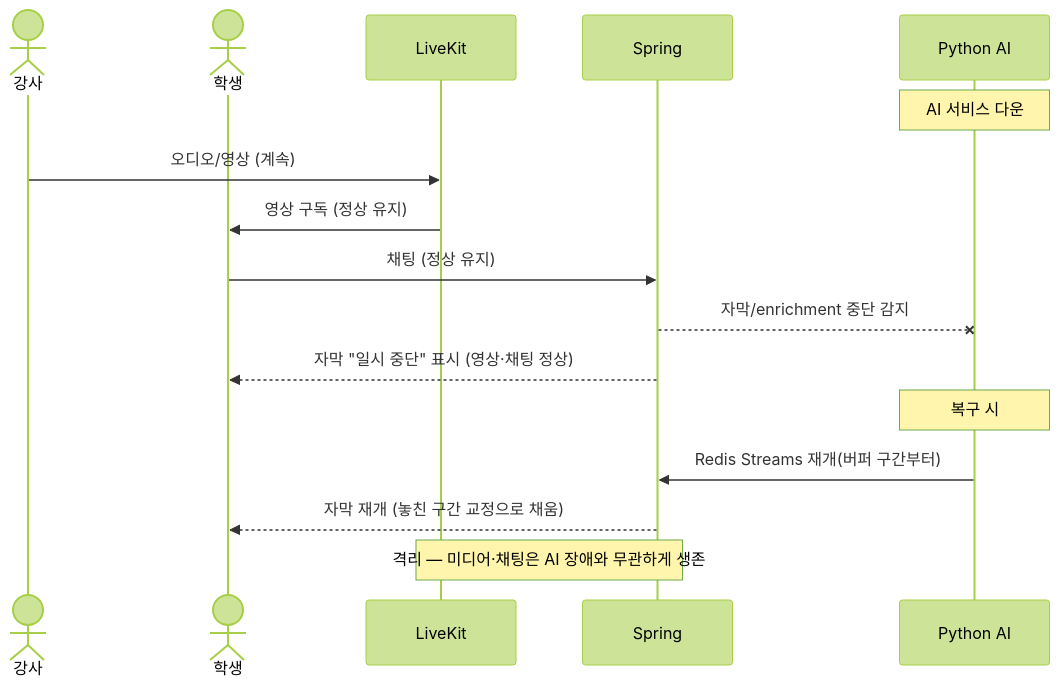
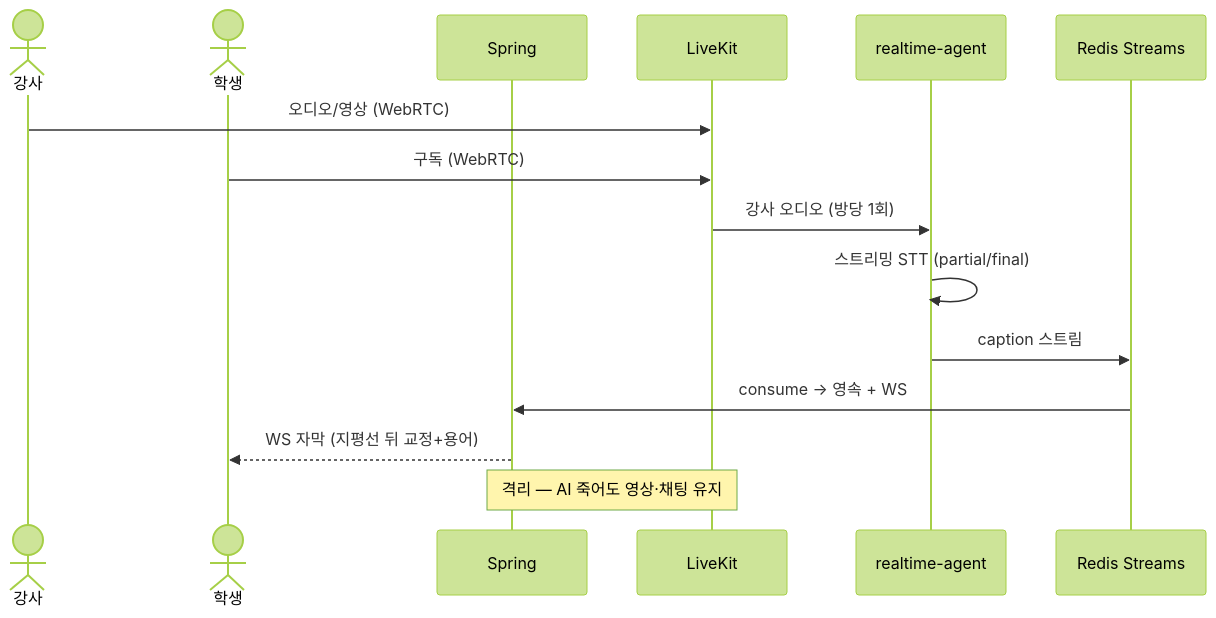
One commit to thdwjdrl401/jiphyeonjeon changed the fourth of 4 diagrams in docs/architecture.md. Above: the diagram before and after it, drawn with Mermaid (forest theme). The commit also changed other lines of this file, not shown here.

First line of the commit message:
docs: architecture.md 기획서 반영 확정판 재작성

````diff
--- a/docs/architecture.md
+++ b/docs/architecture.md
@@ -212,19 +118,17 @@
 ```mermaid
 sequenceDiagram
   actor T as 강사
   actor S as 학생
+  participant SP as Spring
   participant LK as LiveKit
-  participant SP as Spring
-  participant PY as Python AI
-
-  Note over PY: AI 서비스 다운
-  T->>LK: 오디오/영상 (계속)
-  LK->>S: 영상 구독 (정상 유지)
-  S->>SP: 채팅 (정상 유지)
-  SP--xPY: 자막/enrichment 중단 감지
-  SP-->>S: 자막 "일시 중단" 표시 (영상·채팅 정상)
-  Note over PY: 복구 시
-  PY->>SP: Redis Streams 재개(버퍼 구간부터)
-  SP-->>S: 자막 재개 (놓친 구간 교정으로 채움)
-  Note over LK,SP: 격리 — 미디어·채팅은 AI 장애와 무관하게 생존
+  participant AG as realtime-agent
+  participant RD as Redis Streams
+  T->>LK: 오디오/영상 (WebRTC)
+  S->>LK: 구독 (WebRTC)
+  LK->>AG: 강사 오디오 (방당 1회)
+  AG->>AG: 스트리밍 STT (partial/final)
+  AG->>RD: caption 스트림
+  RD->>SP: consume → 영속 + WS
+  SP-->>S: WS 자막 (지평선 뒤 교정+용어)
+  Note over LK,SP: 격리 — AI 죽어도 영상·채팅 유지
 ```
````
